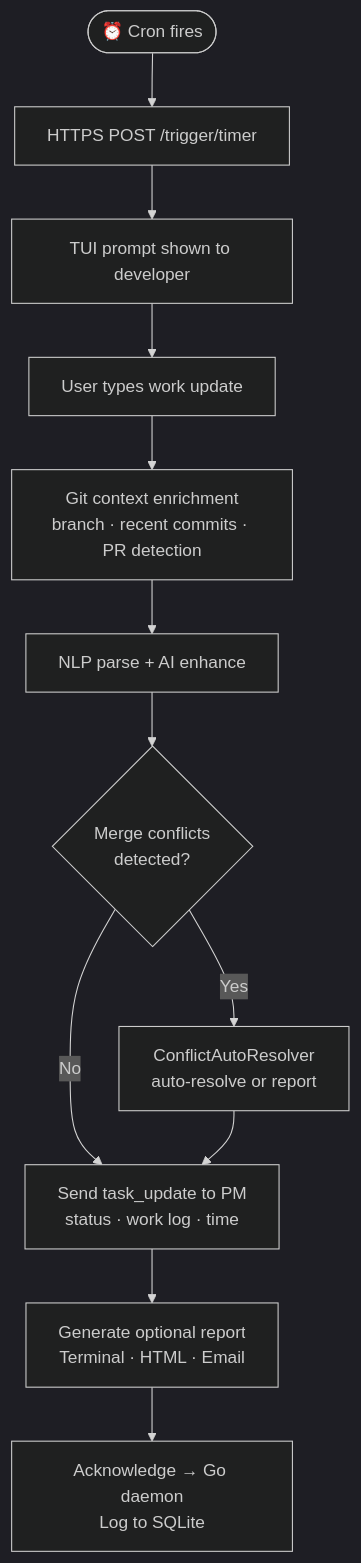
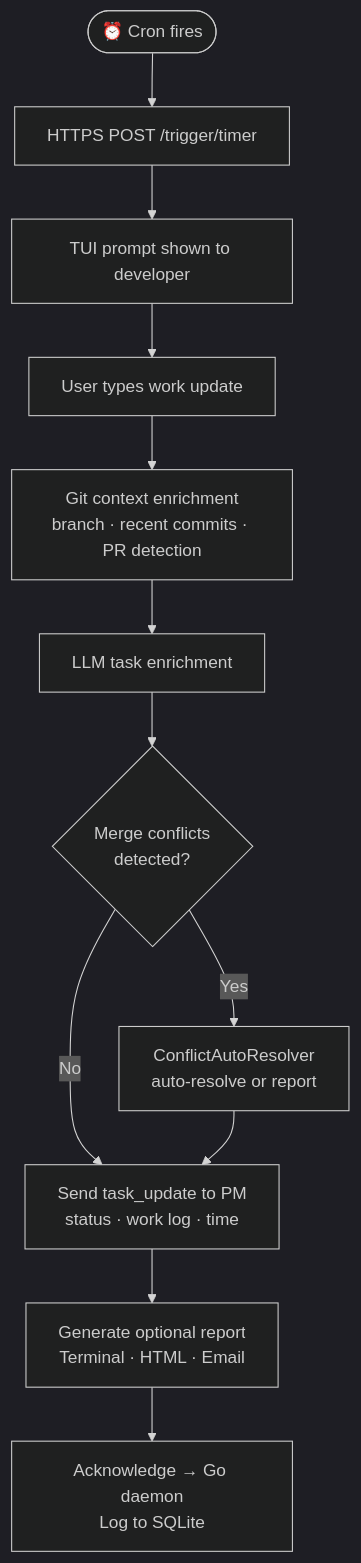
Before and after one commit to sraj0501/Devtrack_: the third of 5 diagrams in devtrack_wiki/wiki/docs/ARCHITECTURE.md, drawn with Mermaid (dark theme). The commit also changed other lines of this file and 46 other files, not shown here.

Commit message:
feat(TASK-142): replace legacy NLP parser with LLM enrichment

````diff
--- a/devtrack_wiki/wiki/docs/ARCHITECTURE.md
+++ b/devtrack_wiki/wiki/docs/ARCHITECTURE.md
@@ -192,14 +192,14 @@
 ```mermaid
 flowchart TD
     A(["⏰ Cron fires"]) --> B["HTTPS POST /trigger/timer"]
     B --> C["TUI prompt shown to developer"]
     C --> D["User types work update"]
     D --> E["Git context enrichment\nbranch · recent commits · PR detection"]
-    E --> F["NLP parse + AI enhance"]
+    E --> F["LLM task enrichment"]
     F --> G{"Merge conflicts\ndetected?"}
     G -->|Yes| H["ConflictAutoResolver\nauto-resolve or report"]
     G -->|No| I["Send task_update to PM\nstatus · work log · time"]
     H --> I
     I --> J["Generate optional report\nTerminal · HTML · Email"]
     J --> K["Acknowledge → Go daemon\nLog to SQLite"]
 ```
````
